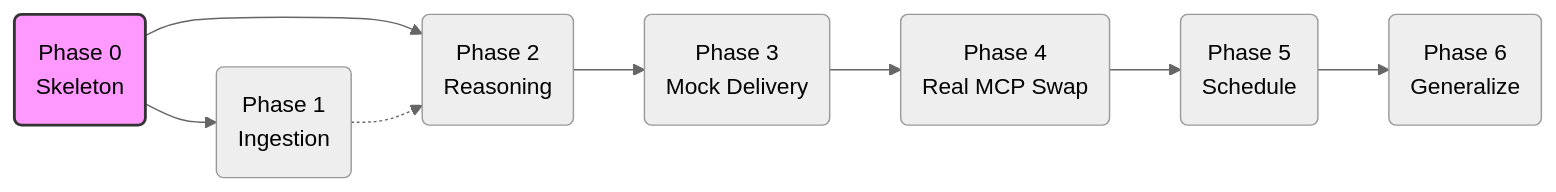
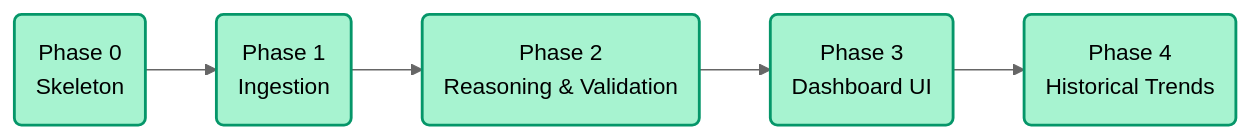
Before and after one commit to Flukeshotz/PULSE: the diagram in docs/ImplementationPlan.md, drawn with Mermaid (neutral theme). The commit also changed other lines of this file and 55 other files, not shown here.

Commit message:
Fix UI bugs before deploy: dropped stat, volume chart, rating axis, theme map

````diff
--- a/docs/ImplementationPlan.md
+++ b/docs/ImplementationPlan.md
@@ -32,13 +12,10 @@
 ```mermaid
 flowchart LR
     P0(Phase 0<br/>Skeleton) --> P1(Phase 1<br/>Ingestion)
-    P0 --> P2(Phase 2<br/>Reasoning)
-    P1 -.-> P2
-    P2 --> P3(Phase 3<br/>Mock Delivery)
-    P3 --> P4(Phase 4<br/>Real MCP Swap)
-    P4 --> P5(Phase 5<br/>Schedule)
-    P5 --> P6(Phase 6<br/>Generalize)
+    P1 --> P2(Phase 2<br/>Reasoning & Validation)
+    P2 --> P3(Phase 3<br/>Dashboard UI)
+    P3 --> P4(Phase 4<br/>Historical Trends)
 
-    classDef current fill:#f9f,stroke:#333,stroke-width:2px;
-    class P0 current;
+    classDef complete fill:#a7f3d0,stroke:#059669,stroke-width:2px;
+    class P0,P1,P2,P3,P4 complete;
 ```
````
